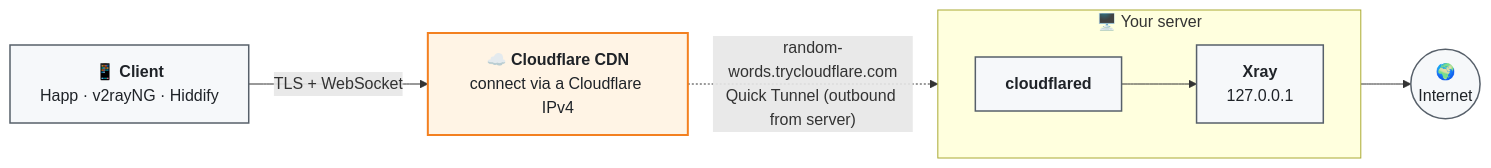
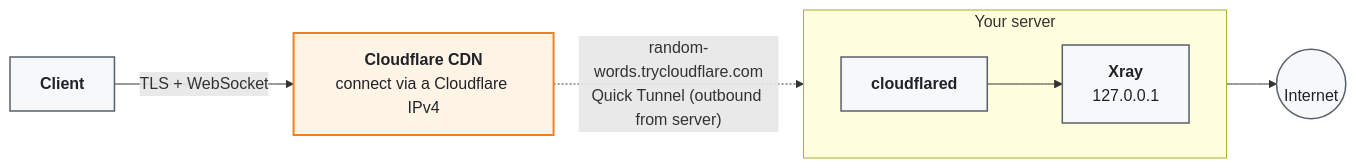
Before and after one commit to 0xHawre/cf-tunnel-xray: the diagram in README.md, drawn with Mermaid.

````diff
--- a/README.md
+++ b/README.md
@@ -8,19 +8,19 @@
 ```mermaid
 flowchart LR
-    C["📱 <b>Client</b><br/>Happ · v2rayNG · Hiddify"]
-    CF["☁️ <b>Cloudflare CDN</b><br/>connect via a Cloudflare IPv4"]
-    subgraph S["🖥️ Your server"]
+    C[" <b>Client</b><br/>"]
+    CF[" <b>Cloudflare CDN</b><br/>connect via a Cloudflare IPv4"]
+    subgraph S["Your server"]
         direction LR
         CD["<b>cloudflared</b>"] --> X["<b>Xray</b><br/>127.0.0.1"]
     end
-    N(("🌍<br/>Internet"))
+    N(("<br/>Internet"))
 
     C -- "TLS + WebSocket" --> CF
     CF -. "random-words.trycloudflare.com<br/>Quick Tunnel (outbound from server)" .-> CD
     X --> N
 
     classDef box fill:#f6f8fa,stroke:#57606a,stroke-width:1.5px,color:#1f2328;
     classDef cf fill:#fff4e5,stroke:#f38020,stroke-width:2px,color:#1f2328;
     class C,CD,X,N box;
     class CF cf;
 ```
````
